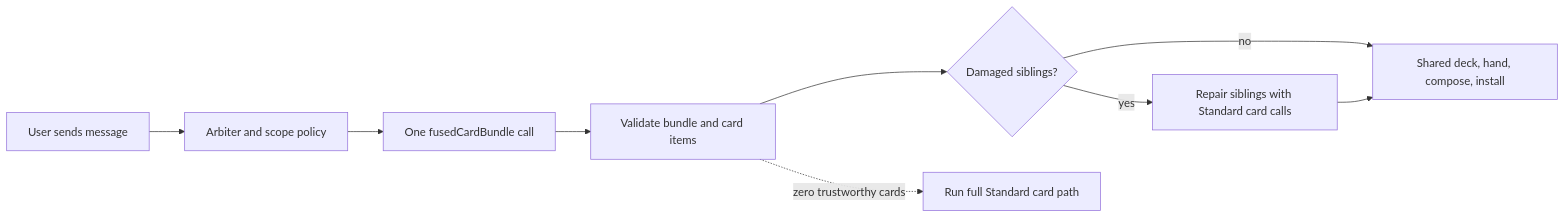
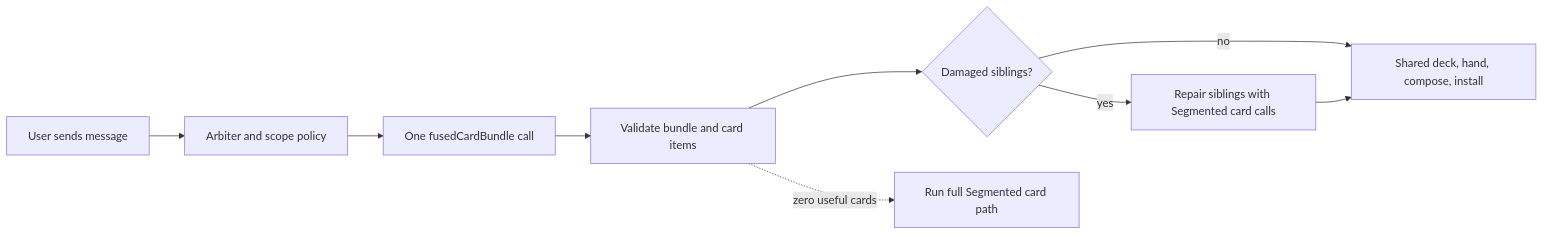
Before and after one commit to MentallyQuill/Recursion: the second of 3 diagrams in docs/user/RECURSION_OPERATOR_MANUAL.md, drawn with Mermaid. The commit also changed other lines of this file and 32 other files, not shown here.

````diff
--- a/docs/user/RECURSION_OPERATOR_MANUAL.md
+++ b/docs/user/RECURSION_OPERATOR_MANUAL.md
@@ -288,11 +266,11 @@
 ```mermaid
 flowchart LR
     Send["User sends message"] --> Arbiter["Arbiter and scope policy"]
     Arbiter --> Bundle["One fusedCardBundle call"]
     Bundle --> Validate["Validate bundle and card items"]
     Validate --> Repair{"Damaged siblings?"}
     Repair -- "no" --> Shared["Shared deck, hand, compose, install"]
-    Repair -- "yes" --> Targeted["Repair siblings with Standard card calls"]
+    Repair -- "yes" --> Targeted["Repair siblings with Segmented card calls"]
     Targeted --> Shared
-    Validate -. "zero trustworthy cards" .-> Standard["Run full Standard card path"]
+    Validate -. "zero useful cards" .-> Segmented["Run full Segmented card path"]
 ```
````
